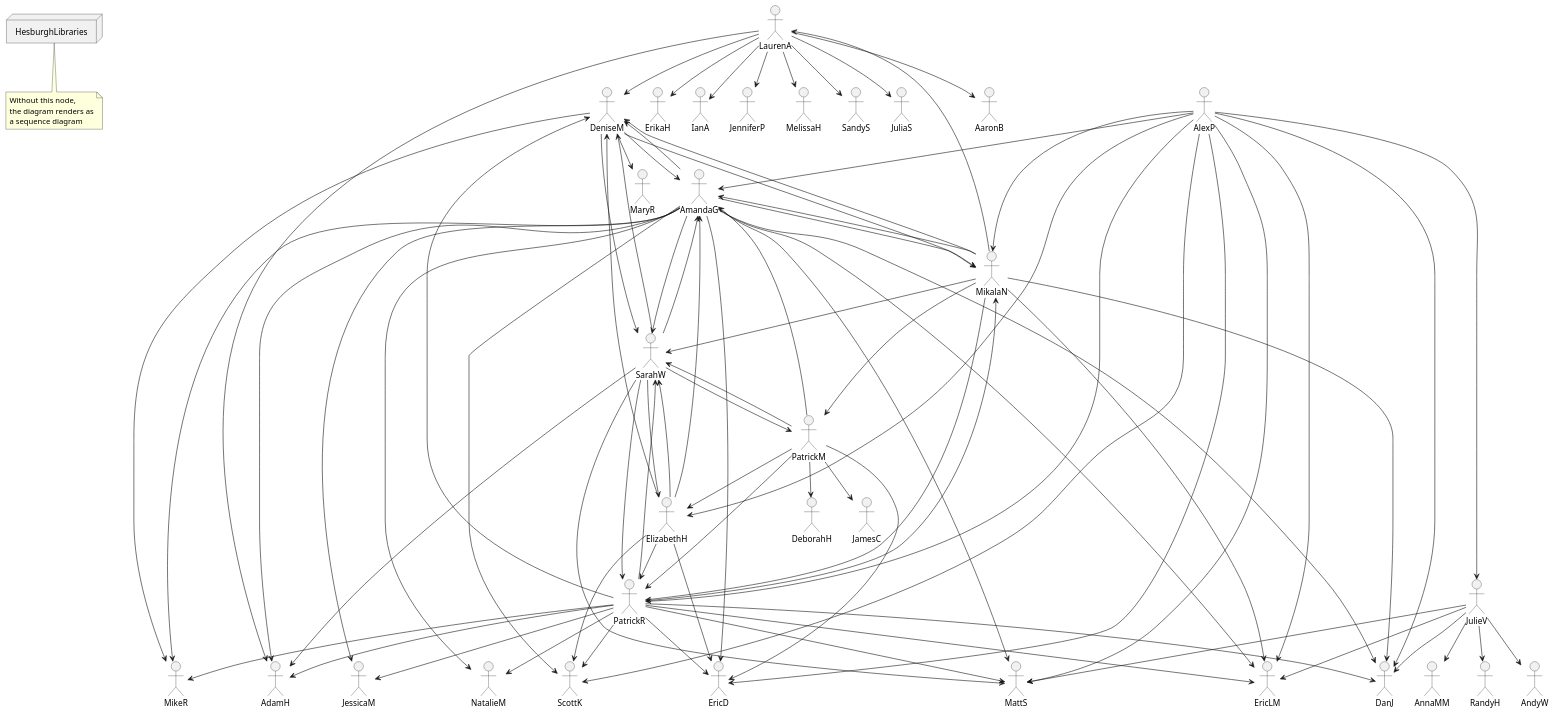
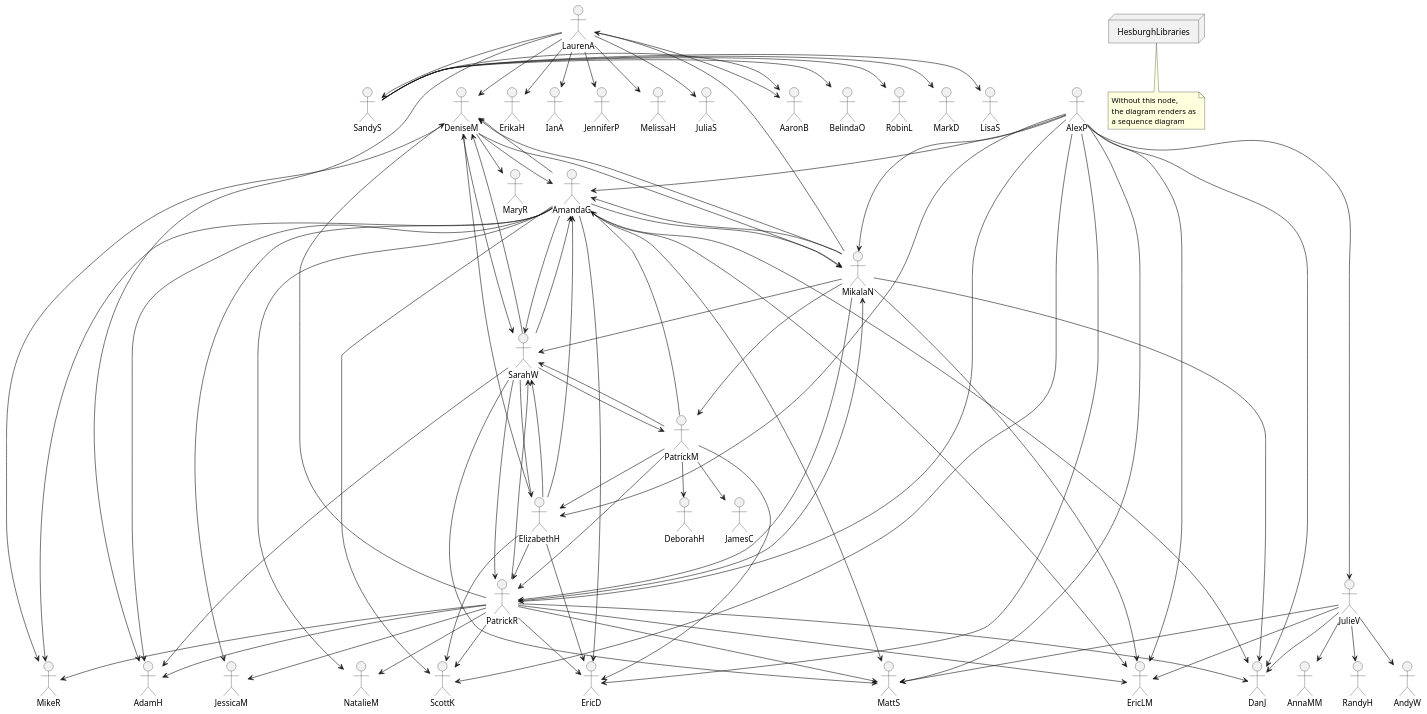
One commit to ndlib/dam-ecosystem-mapping changed the diagram in plantuml/people.puml. Above: the diagram before and after it, drawn with PlantUML. The commit also changed 3 other files, not shown here.

```diff
--- a/plantuml/people.puml
+++ b/plantuml/people.puml
@@ -3,117 +3,126 @@
 @startuml
 node HesburghLibraries
 note bottom of HesburghLibraries
   Without this node,
   the diagram renders as
   a sequence diagram
 end note
 
 actor AaronB
 actor AdamH
 actor AlexP
 actor AmandaG
 actor AnnaMM
+actor BelindaO
 actor DanJ
 actor DeborahH
 actor DeniseM
 actor ElizabethH
 actor EricD
 actor EricLM
 actor ErikaH
 actor IanA
 actor JamesC
 actor JenniferP
 actor JulieV
 actor LaurenA
+actor LisaS
+actor MarkD
 actor MelissaH
 actor MikalaN
 actor PatrickM
 actor PatrickR
 actor RandyH
+actor RobinL
 actor SandyS
 actor SarahW
 
 AlexP --> AmandaG
 AlexP --> DanJ
 AlexP --> ElizabethH
 AlexP --> EricD
 AlexP --> EricLM
 AlexP --> JulieV
 AlexP --> MattS
 AlexP --> MikalaN
 AlexP --> PatrickR
 AlexP --> ScottK
 AmandaG --> AdamH
 AmandaG --> DanJ
 AmandaG --> DeniseM
 AmandaG --> EricD
 AmandaG --> EricLM
 AmandaG --> JessicaM
 AmandaG --> MattS
 AmandaG --> MikalaN
 AmandaG --> MikeR
 AmandaG --> NatalieM
 AmandaG --> SarahW
 AmandaG --> ScottK
 DeniseM --> AmandaG
 DeniseM --> MaryR
 DeniseM --> MikalaN
 DeniseM --> MikeR
 DeniseM --> SarahW
 ElizabethH --> AmandaG
 ElizabethH --> DeniseM
 ElizabethH --> EricD
 ElizabethH --> PatrickR
 ElizabethH --> SarahW
 ElizabethH --> ScottK
 JulieV --> AndyW
 JulieV --> AnnaMM
 JulieV --> DanJ
 JulieV --> EricLM
 JulieV --> MattS
 JulieV --> RandyH
 LaurenA --> AaronB
 LaurenA --> AdamH
 LaurenA --> DeniseM
 LaurenA --> ErikaH
 LaurenA --> IanA
 LaurenA --> JenniferP
 LaurenA --> JuliaS
 LaurenA --> MelissaH
 LaurenA --> SandyS
 MikalaN --> AmandaG
 MikalaN --> DanJ
 MikalaN --> DeniseM
 MikalaN --> EricLM
 MikalaN --> LaurenA
 MikalaN --> PatrickM
 MikalaN --> PatrickR
 MikalaN --> SarahW
 PatrickM --> AmandaG
 PatrickM --> DeborahH
 PatrickM --> ElizabethH
 PatrickM --> EricD
 PatrickM --> JamesC
 PatrickM --> PatrickR
 PatrickM --> SarahW
 PatrickR --> AdamH
 PatrickR --> DanJ
 PatrickR --> DeniseM
 PatrickR --> EricD
 PatrickR --> EricLM
 PatrickR --> JessicaM
 PatrickR --> MattS
 PatrickR --> MikalaN
 PatrickR --> MikeR
 PatrickR --> NatalieM
 PatrickR --> SarahW
 PatrickR --> ScottK
+SandyS -> AaronB
+SandyS -> BelindaO
+SandyS -> LisaS
+SandyS -> MarkD
+SandyS -> RobinL
 SarahW --> AdamH
 SarahW --> AmandaG
 SarahW --> DeniseM
 SarahW --> ElizabethH
 SarahW --> MattS
 SarahW --> PatrickM
 SarahW --> PatrickR
 
 @enduml
```
